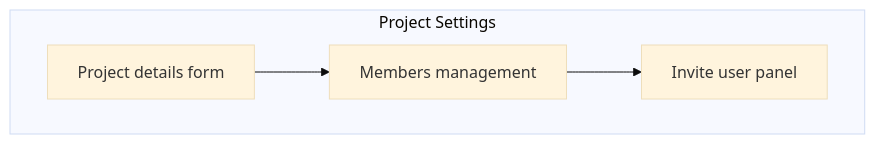
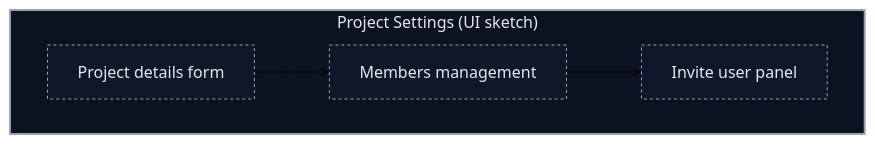
The eighth of 10 diagrams in README.md (TaurasGG/altpro), drawn with Mermaid (base theme) before and after one commit. The commit also changed other lines of this file, not shown here.

````diff
--- a/README.md
+++ b/README.md
@@ -158,10 +188,14 @@
 ```mermaid
-flowchart TD
-  subgraph ProjectSettings["Project Settings"]
-    DETAILS["Project details form"]
-    MEMBERS["Members management"]
-    INVITE["Invite user panel"]
+flowchart TB
+  classDef container stroke:#94a3b8,fill:#0b1220,stroke-width:2,color:#e5e7eb;
+  classDef component stroke:#94a3b8,fill:#0f172a,stroke-dasharray:3 3,color:#e5e7eb,stroke-width:1;
+  subgraph Page["Project Settings (UI sketch)"]
+    Details["Project details form"]
+    Members["Members management"]
+    Invite["Invite user panel"]
   end
-  DETAILS --> MEMBERS
-  MEMBERS --> INVITE
+  Details --> Members
+  Members --> Invite
+  class Page container
+  class Details,Members,Invite component
 ```
````
